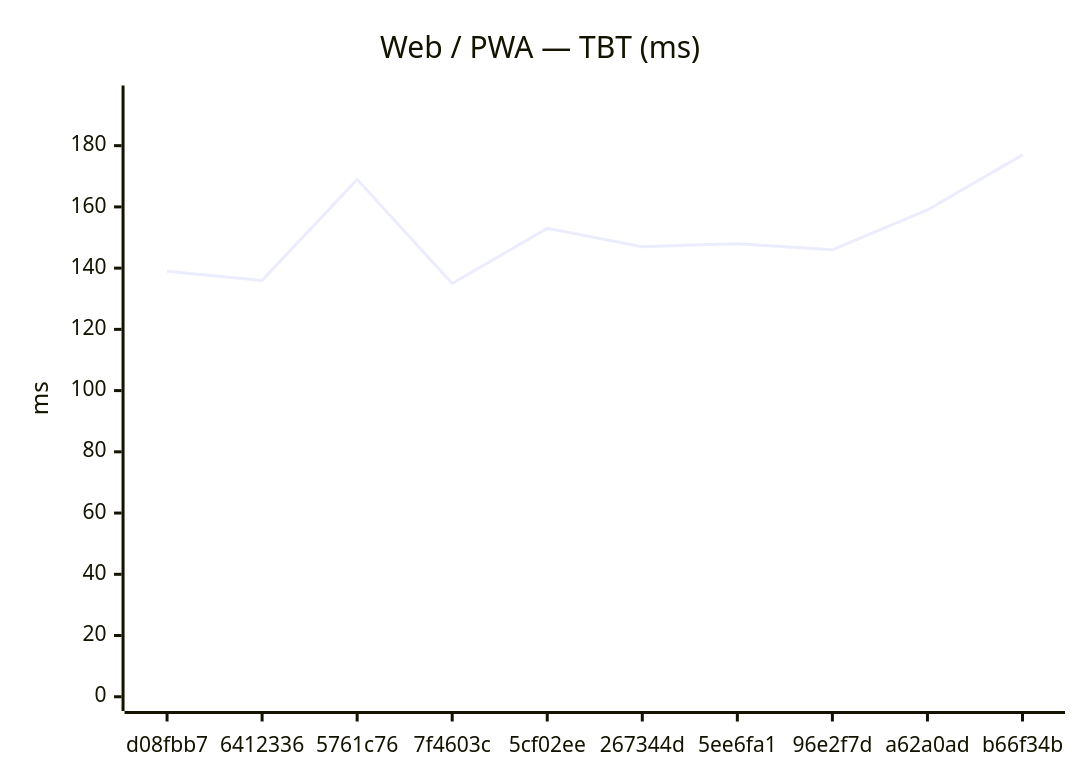
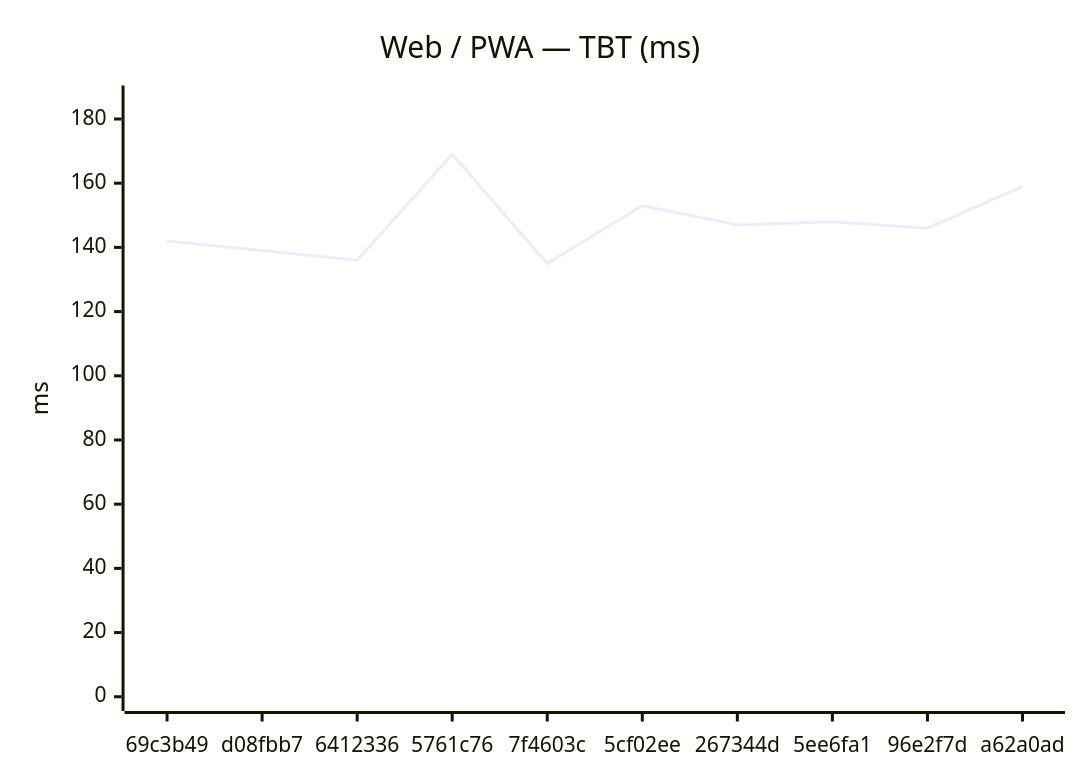
One commit to Metaheurist/Rianell changed the second of 18 diagrams in benchmarks/compare.md. Above: the diagram before and after it, drawn with Mermaid. The commit also changed other lines of this file and 11 other files, not shown here.

````diff
--- a/benchmarks/compare.md
+++ b/benchmarks/compare.md
@@ -31,7 +31,7 @@
 ```mermaid
 xychart-beta
     title "Web / PWA — TBT (ms)"
-    x-axis ["d08fbb7", "6412336", "5761c76", "7f4603c", "5cf02ee", "267344d", "5ee6fa1", "96e2f7d", "a62a0ad", "b66f34b"]
-    y-axis "ms" 0 --> 195
-    line [139, 136, 169, 135, 153, 147, 148, 146, 159, 177]
+    x-axis ["69c3b49", "d08fbb7", "6412336", "5761c76", "7f4603c", "5cf02ee", "267344d", "5ee6fa1", "96e2f7d", "a62a0ad"]
+    y-axis "ms" 0 --> 186
+    line [142, 139, 136, 169, 135, 153, 147, 148, 146, 159]
 ```
````
